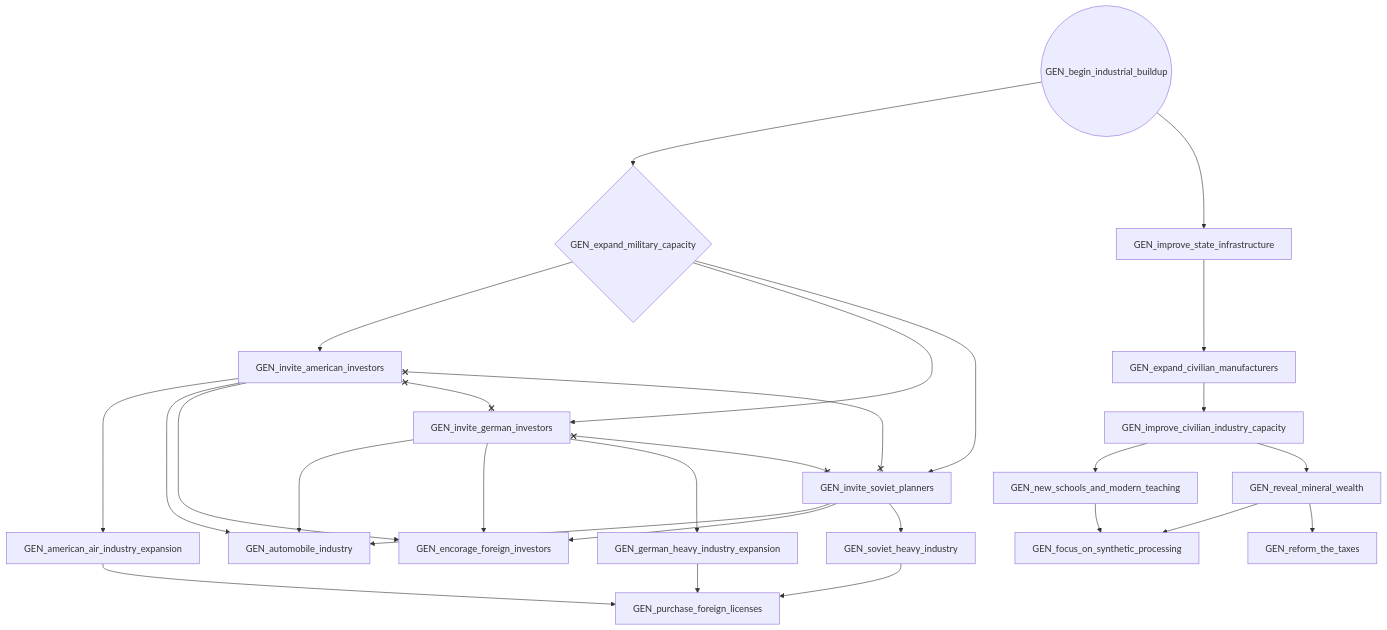
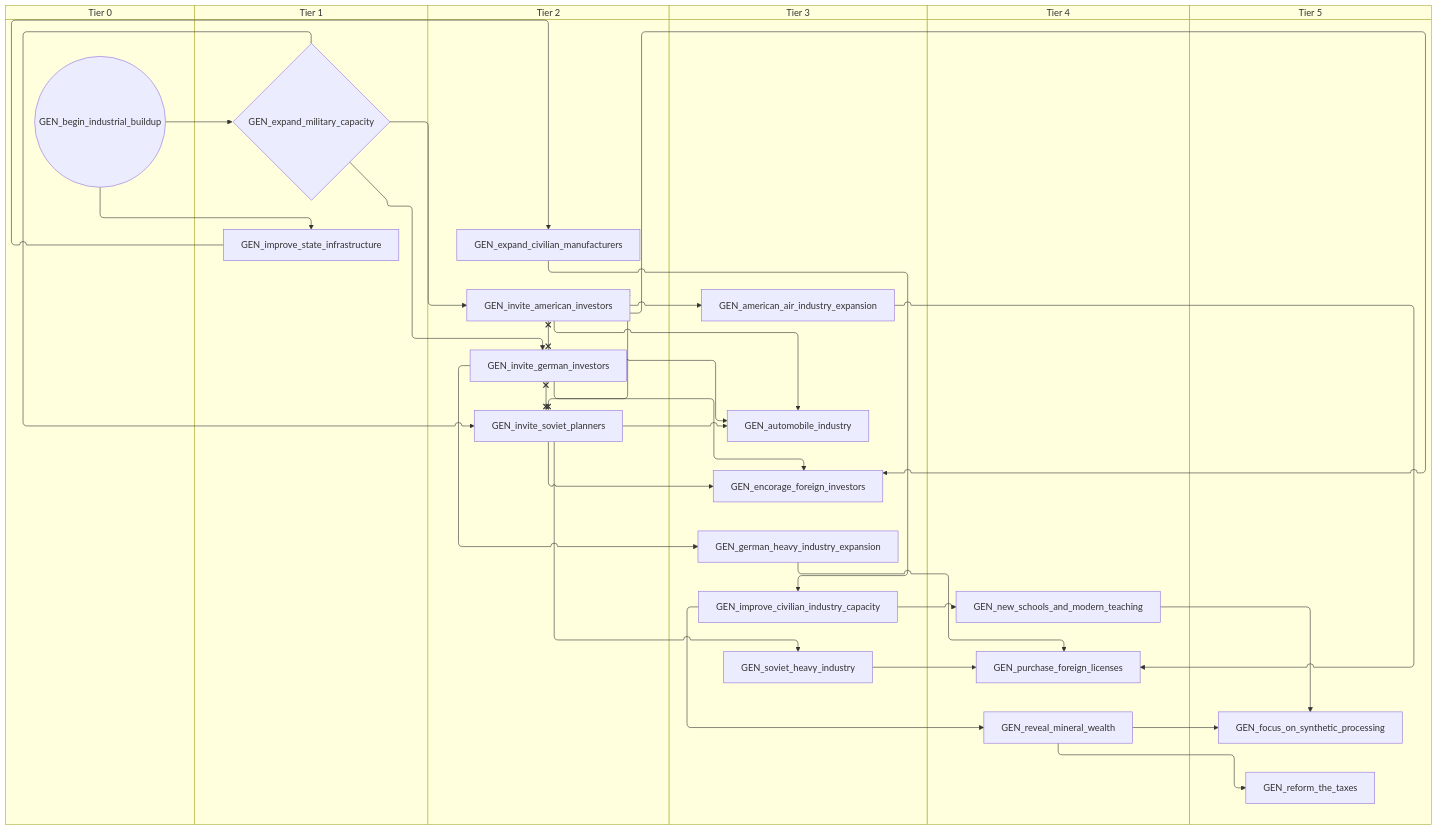
One commit to evgeny-sobol/hoi4-sandbox-mode-r56 changed the fourth of 5 diagrams in docs/gdd/National Focuses/r56_gen_shared.md. Above: the diagram before and after it, drawn with Mermaid. The commit also changed other lines of this file and 423 other files, not shown here.

First line of the commit message:
Re-export Rt56 focus trees as swimlane diagrams

````diff
--- a/docs/gdd/National Focuses/r56_gen_shared.md
+++ b/docs/gdd/National Focuses/r56_gen_shared.md
@@ -193,48 +229,60 @@
 ```mermaid
-flowchart TD
-    n60["GEN_american_air_industry_expansion"]
-    n61["GEN_automobile_industry"]
-    n62(("GEN_begin_industrial_buildup"))
-    n63["GEN_encorage_foreign_investors"]
-    n64["GEN_expand_civilian_manufacturers"]
-    n65{"GEN_expand_military_capacity"}
-    n66["GEN_focus_on_synthetic_processing"]
-    n67["GEN_german_heavy_industry_expansion"]
-    n68["GEN_improve_civilian_industry_capacity"]
-    n69["GEN_improve_state_infrastructure"]
-    n70["GEN_invite_american_investors"]
-    n71["GEN_invite_german_investors"]
-    n72["GEN_invite_soviet_planners"]
-    n73["GEN_new_schools_and_modern_teaching"]
-    n74["GEN_purchase_foreign_licenses"]
-    n75["GEN_reform_the_taxes"]
-    n76["GEN_reveal_mineral_wealth"]
-    n77["GEN_soviet_heavy_industry"]
-    n70 --> n60
-    n70 --> n61
-    n71 --> n61
-    n72 --> n61
-    n70 --> n63
-    n71 --> n63
-    n72 --> n63
-    n69 --> n64
-    n62 --> n65
-    n76 --> n66
-    n73 --> n66
-    n71 --> n67
+swimlane-beta TD
+    subgraph tier_0["Tier 0"]
+        n60(("GEN_begin_industrial_buildup"))
+    end
+    subgraph tier_1["Tier 1"]
+        n61{"GEN_expand_military_capacity"}
+        n62["GEN_improve_state_infrastructure"]
+    end
+    subgraph tier_2["Tier 2"]
+        n63["GEN_expand_civilian_manufacturers"]
+        n64["GEN_invite_american_investors"]
+        n65["GEN_invite_german_investors"]
+        n66["GEN_invite_soviet_planners"]
+    end
+    subgraph tier_3["Tier 3"]
+        n67["GEN_american_air_industry_expansion"]
+        n68["GEN_automobile_industry"]
+        n69["GEN_encorage_foreign_investors"]
+        n70["GEN_german_heavy_industry_expansion"]
+        n71["GEN_improve_civilian_industry_capacity"]
+        n72["GEN_soviet_heavy_industry"]
+    end
+    subgraph tier_4["Tier 4"]
+        n73["GEN_new_schools_and_modern_teaching"]
+        n74["GEN_purchase_foreign_licenses"]
+        n75["GEN_reveal_mineral_wealth"]
+    end
+    subgraph tier_5["Tier 5"]
+        n76["GEN_focus_on_synthetic_processing"]
+        n77["GEN_reform_the_taxes"]
+    end
+    n64 --> n67
     n64 --> n68
-    n62 --> n69
+    n65 --> n68
+    n66 --> n68
+    n64 --> n69
+    n65 --> n69
+    n66 --> n69
+    n62 --> n63
+    n60 --> n61
+    n75 --> n76
+    n73 --> n76
     n65 --> n70
-    n65 --> n71
-    n65 --> n72
-    n68 --> n73
-    n60 --> n74
+    n63 --> n71
+    n60 --> n62
+    n61 --> n64
+    n61 --> n65
+    n61 --> n66
+    n71 --> n73
     n67 --> n74
-    n77 --> n74
-    n76 --> n75
-    n68 --> n76
-    n72 --> n77
-    n70 x--x n71
-    n70 x--x n72
-    n71 x--x n72
+    n70 --> n74
+    n72 --> n74
+    n75 --> n77
+    n71 --> n75
+    n66 --> n72
+    n64 x--x n65
+    n64 x--x n66
+    n65 x--x n66
 ```
````
